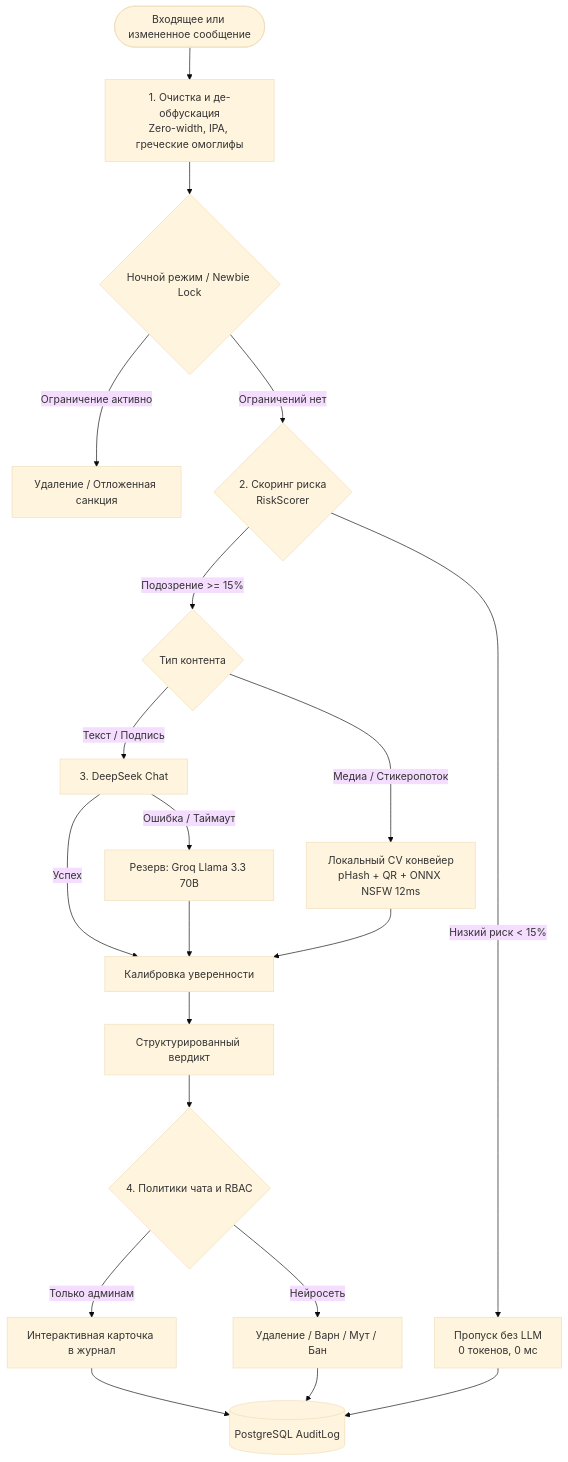
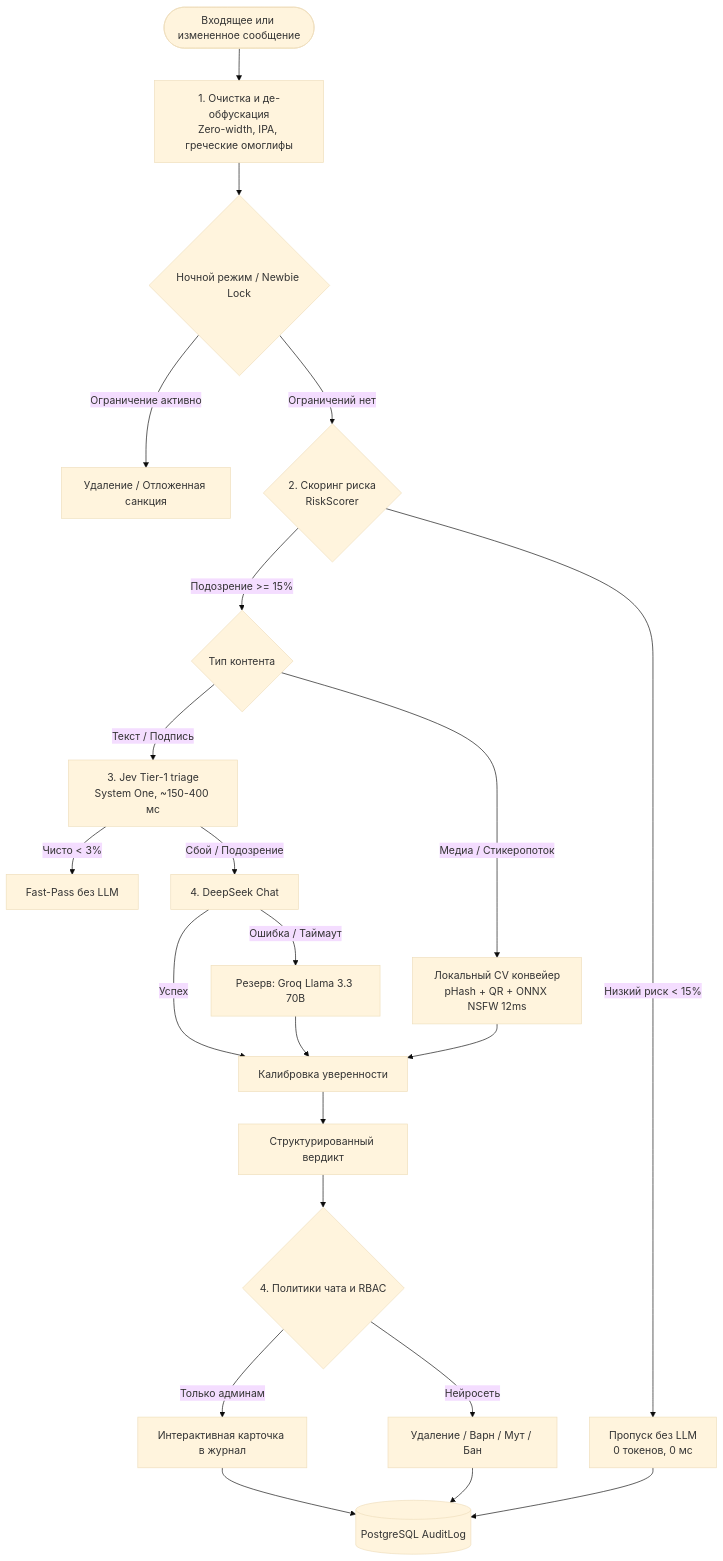
One commit to ivanchik-byte/TelegramWarden changed the diagram in README.md. Above: the diagram before and after it, drawn with Mermaid (base theme). The commit also changed other lines of this file and 3 other files, not shown here.

Commit message:
docs: document Jev Tier-1 triage across blueprint, README, and security policy

````diff
--- a/README.md
+++ b/README.md
@@ -106,29 +106,32 @@
 ```mermaid
 flowchart TD
     UserMsg([Входящее или измененное сообщение]) --> PrePass[1. Очистка и де-обфускация\nZero-width, IPA, греческие омоглифы]
     PrePass --> GateCheck{Ночной режим / Newbie Lock}
     
     GateCheck -->|Ограничение активно| DeferSanction[Удаление / Отложенная санкция]
     GateCheck -->|Ограничений нет| RiskEngine{2. Скоринг риска\nRiskScorer}
     
     RiskEngine -->|Низкий риск < 15%| FastPass[Пропуск без LLM\n0 токенов, 0 мс]
     
     RiskEngine -->|Подозрение >= 15%| MediaOrText{Тип контента}
     
     MediaOrText -->|Медиа / Стикеропоток| CVFilter[Локальный CV конвейер\npHash + QR + ONNX NSFW 12ms]
-    MediaOrText -->|Текст / Подпись| LLMPrimary[3. DeepSeek Chat]
-    
+    MediaOrText -->|Текст / Подпись| JevTriage[3. Jev Tier-1 triage\nSystem One, ~150-400 мс]
+
+    JevTriage -->|Чисто < 3%| JevPass[Fast-Pass без LLM]
+    JevTriage -->|Сбой / Подозрение| LLMPrimary[4. DeepSeek Chat]
+
     LLMPrimary -->|Ошибка / Таймаут| LLMFallback[Резерв: Groq Llama 3.3 70B]
     LLMPrimary -->|Успех| VerdictCalibrator[Калибровка уверенности]
     LLMFallback --> VerdictCalibrator
     CVFilter --> VerdictCalibrator
     
     VerdictCalibrator --> Verdict[Структурированный вердикт]
     Verdict --> PolicyRouter{4. Политики чата и RBAC}
     PolicyRouter -->|Только админам| AdminCard[Интерактивная карточка в журнал]
     PolicyRouter -->|Нейросеть| AutoSanction[Удаление / Варн / Мут / Бан]
     
     AdminCard --> AuditDB[(PostgreSQL AuditLog)]
     AutoSanction --> AuditDB
     FastPass --> AuditDB
 ```
````
